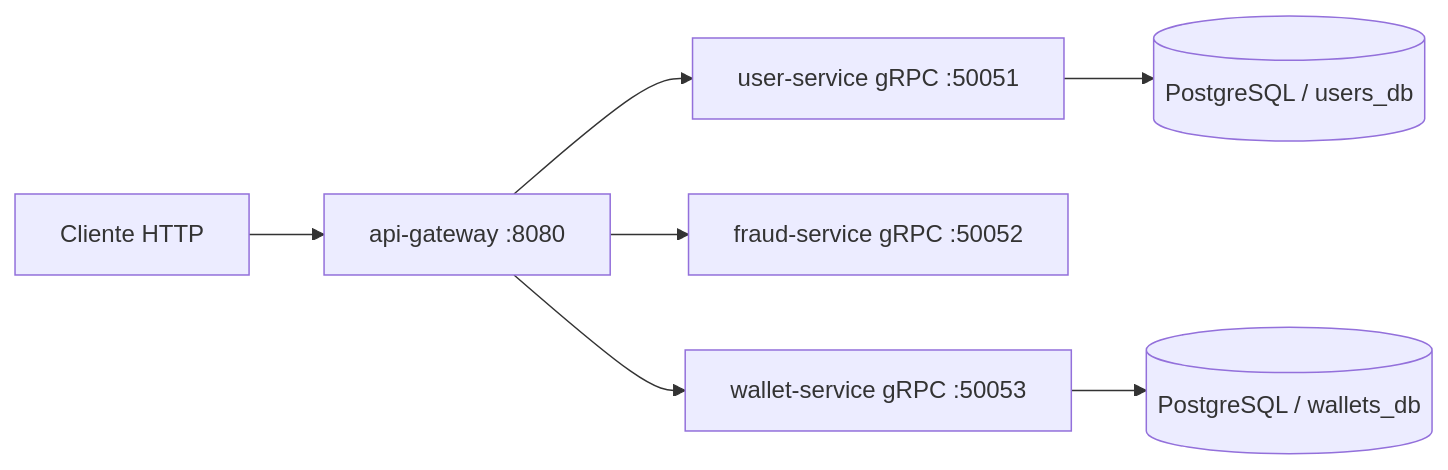
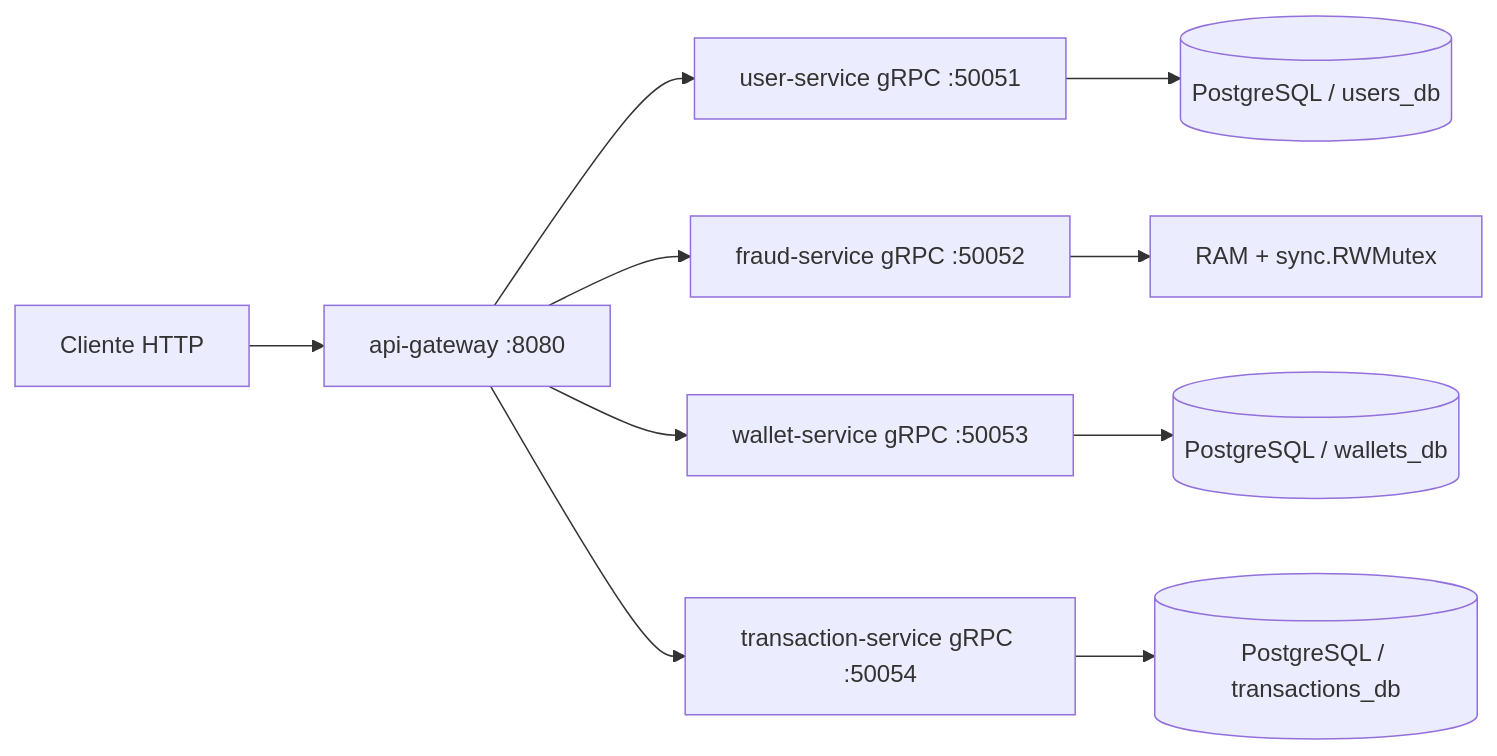
One commit to Lucascabral95/peer-ledger-microservices-grpc changed the diagram in README.md. Above: the diagram before and after it, drawn with Mermaid. The commit also changed other lines of this file and 49 other files, not shown here.

First line of the commit message:
feat(transaction-service): initial setup (#4)

````diff
--- a/README.md
+++ b/README.md
@@ -58,9 +104,12 @@
 ```mermaid
 flowchart LR
     C["Cliente HTTP"] --> G["api-gateway :8080"]
     G --> U["user-service gRPC :50051"]
     G --> F["fraud-service gRPC :50052"]
     G --> W["wallet-service gRPC :50053"]
+    G --> T["transaction-service gRPC :50054"]
     U --> P1[("PostgreSQL / users_db")]
     W --> P2[("PostgreSQL / wallets_db")]
+    T --> P3[("PostgreSQL / transactions_db")]
+    F --> M["RAM + sync.RWMutex"]
 ```
````
